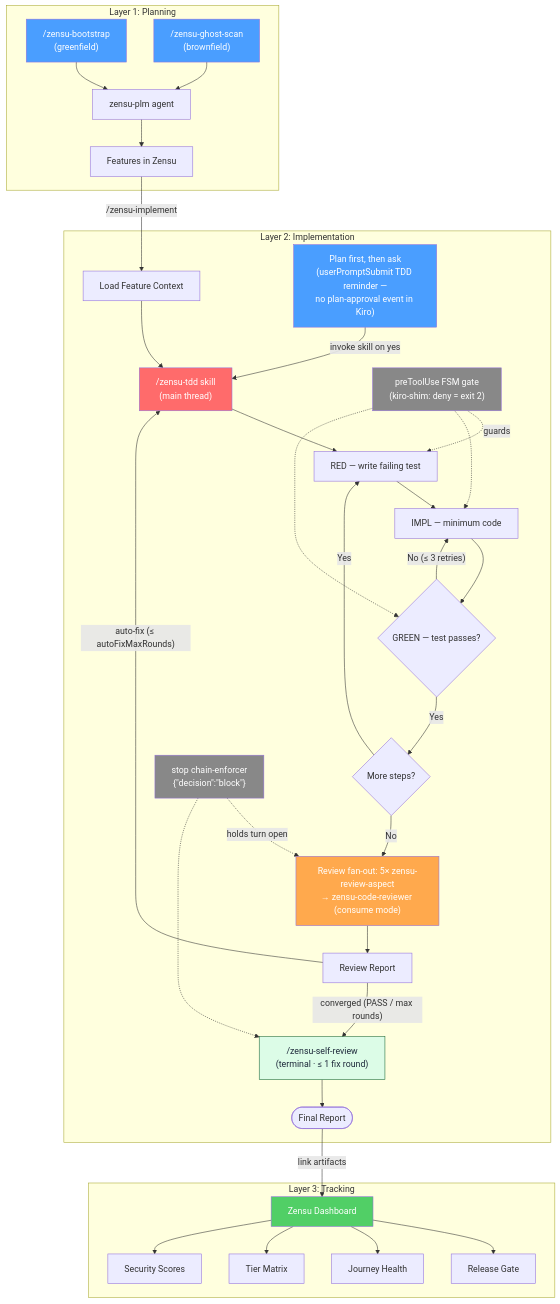
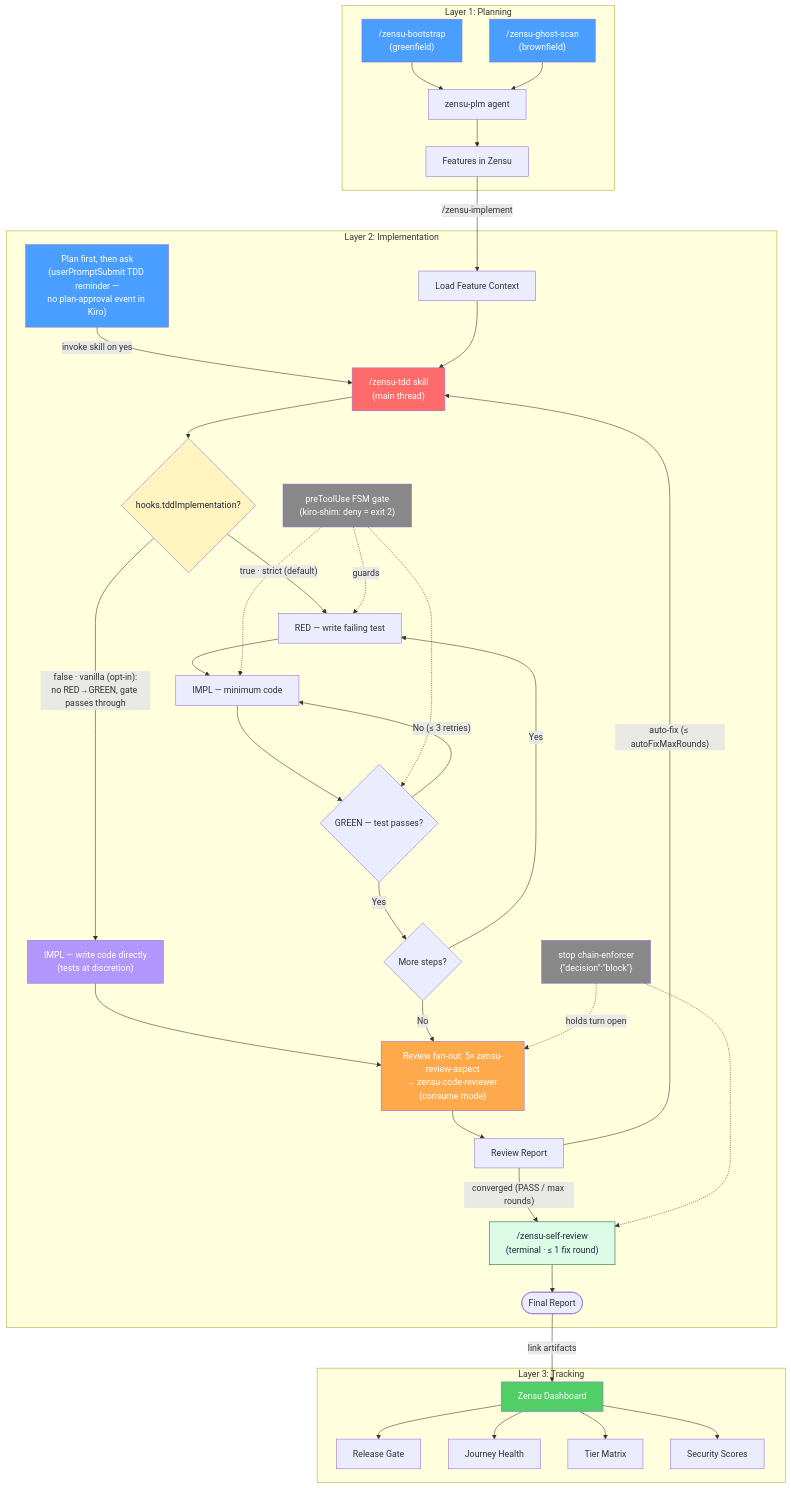
Before and after one commit to MKITConsulting/zensu-kiro: the diagram in README.md, drawn with Mermaid. The commit also changed other lines of this file, not shown here.

Commit message:
docs: show vanilla mode in the workflow diagram (#4)
Add a hooks.tddImplementation decision to the Implementation layer. Strict
RED→IMPL→GREEN (the default) keeps the FSM gate; vanilla (opt-in —
tddImplementation=false) goes straight to direct implementation with the gate
passing through. Both paths converge on the same review fan-out → self-review.

````diff
--- a/README.md
+++ b/README.md
@@ -77,48 +79,53 @@
 ```mermaid
 flowchart TD
     subgraph Planning["Layer 1: Planning"]
         A1["/zensu-bootstrap<br/>(greenfield)"] --> B["zensu-plm agent"]
         A2["/zensu-ghost-scan<br/>(brownfield)"] --> B
         B --> C["Features in Zensu"]
     end
 
     subgraph Implementation["Layer 2: Implementation"]
         C -->|"/zensu-implement"| D["Load Feature Context"]
         PLAIN["Plan first, then ask<br/>(userPromptSubmit TDD reminder —<br/>no plan-approval event in Kiro)"] -->|"invoke skill on yes"| E
         D --> E["/zensu-tdd skill<br/>(main thread)"]
-        E --> RED["RED — write failing test"]
+        E --> MODE{"hooks.tddImplementation?"}
+        MODE -->|"true · strict (default)"| RED["RED — write failing test"]
+        MODE -->|"false · vanilla (opt-in):<br/>no RED→GREEN, gate passes through"| VAN["IMPL — write code directly<br/>(tests at discretion)"]
+        VAN --> K
         RED --> IMPL["IMPL — minimum code"]
         IMPL --> GREEN{"GREEN — test passes?"}
         GREEN -->|"No (≤ 3 retries)"| IMPL
         GREEN -->|"Yes"| NEXT{"More steps?"}
         NEXT -->|"Yes"| RED
         NEXT -->|"No"| K["Review fan-out: 5× zensu-review-aspect<br/>→ zensu-code-reviewer (consume mode)"]
         K --> L["Review Report"]
         L -->|"auto-fix (≤ autoFixMaxRounds)"| E
         L -->|"converged (PASS / max rounds)"| SR["/zensu-self-review<br/>(terminal · ≤ 1 fix round)"]
         SR --> FR(["Final Report"])
         GATE["preToolUse FSM gate<br/>(kiro-shim: deny = exit 2)"] -.guards.-> RED
         GATE -.-> IMPL
         GATE -.-> GREEN
         STOP["stop chain-enforcer<br/>{&quot;decision&quot;:&quot;block&quot;}"] -.holds turn open.-> K
         STOP -.-> SR
     end
 
     subgraph Tracking["Layer 3: Tracking"]
         FR -->|"link artifacts"| M["Zensu Dashboard"]
         M --> Q["Release Gate"]
         M --> P["Journey Health"]
         M --> O["Tier Matrix"]
         M --> N["Security Scores"]
     end
 
     style A1 fill:#4a9eff,color:#fff
     style A2 fill:#4a9eff,color:#fff
     style PLAIN fill:#4a9eff,color:#fff
     style E fill:#ff6b6b,color:#fff
+    style MODE fill:#fff3bf,color:#1e293b
+    style VAN fill:#b197fc,color:#fff
     style GATE fill:#888,color:#fff
     style STOP fill:#888,color:#fff
     style K fill:#ffa94d,color:#fff
     style SR fill:#dcfce7,stroke:#166534,color:#1e293b
     style M fill:#51cf66,color:#fff
 ```
````
